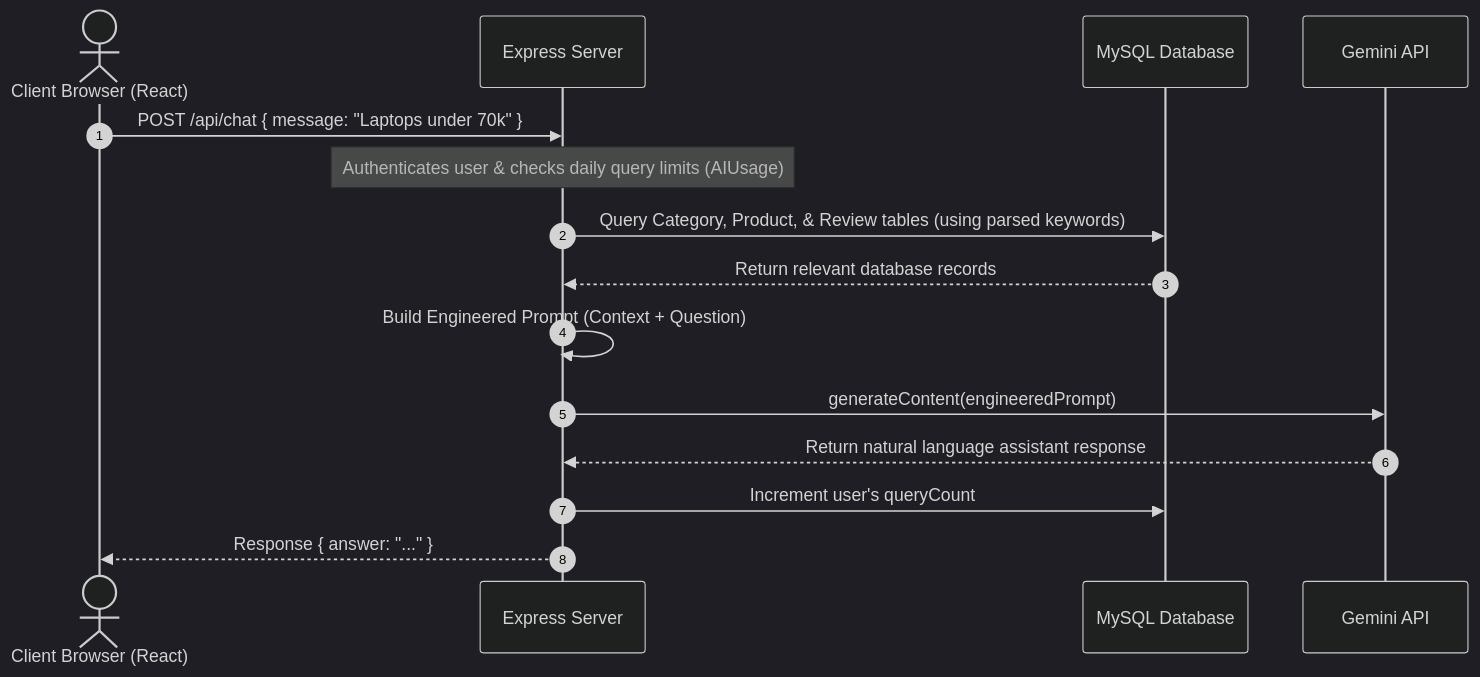
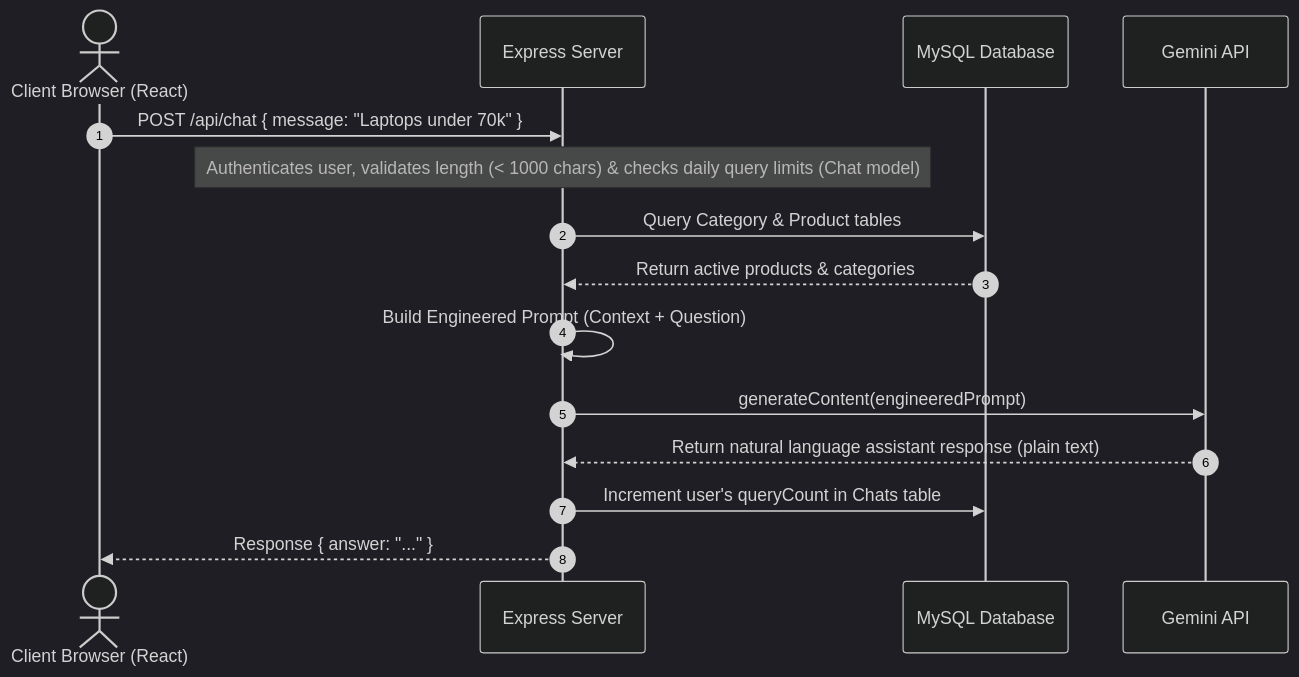
One commit to arjavvjain15/E-Commerce-App changed the diagram in frontend/src/1.md. Above: the diagram before and after it, drawn with Mermaid (dark theme). The commit also changed other lines of this file and 3 other files, not shown here.

````diff
--- a/frontend/src/1.md
+++ b/frontend/src/1.md
@@ -11,18 +11,18 @@
 ```mermaid
 sequenceDiagram
     autonumber
     actor User as Client Browser (React)
     participant Server as Express Server
     participant DB as MySQL Database
     participant Gemini as Gemini API
 
     User->>Server: POST /api/chat { message: "Laptops under 70k" }
-    Note over Server: Authenticates user & checks daily query limits (AIUsage)
-    Server->>DB: Query Category, Product, & Review tables (using parsed keywords)
-    DB-->>Server: Return relevant database records
+    Note over Server: Authenticates user, validates length (< 1000 chars) & checks daily query limits (Chat model)
+    Server->>DB: Query Category & Product tables
+    DB-->>Server: Return active products & categories
     Server->>Server: Build Engineered Prompt (Context + Question)
     Server->>Gemini: generateContent(engineeredPrompt)
-    Gemini-->>Server: Return natural language assistant response
-    Server->>DB: Increment user's queryCount
+    Gemini-->>Server: Return natural language assistant response (plain text)
+    Server->>DB: Increment user's queryCount in Chats table
     Server-->>User: Response { answer: "..." }
 ```
````
